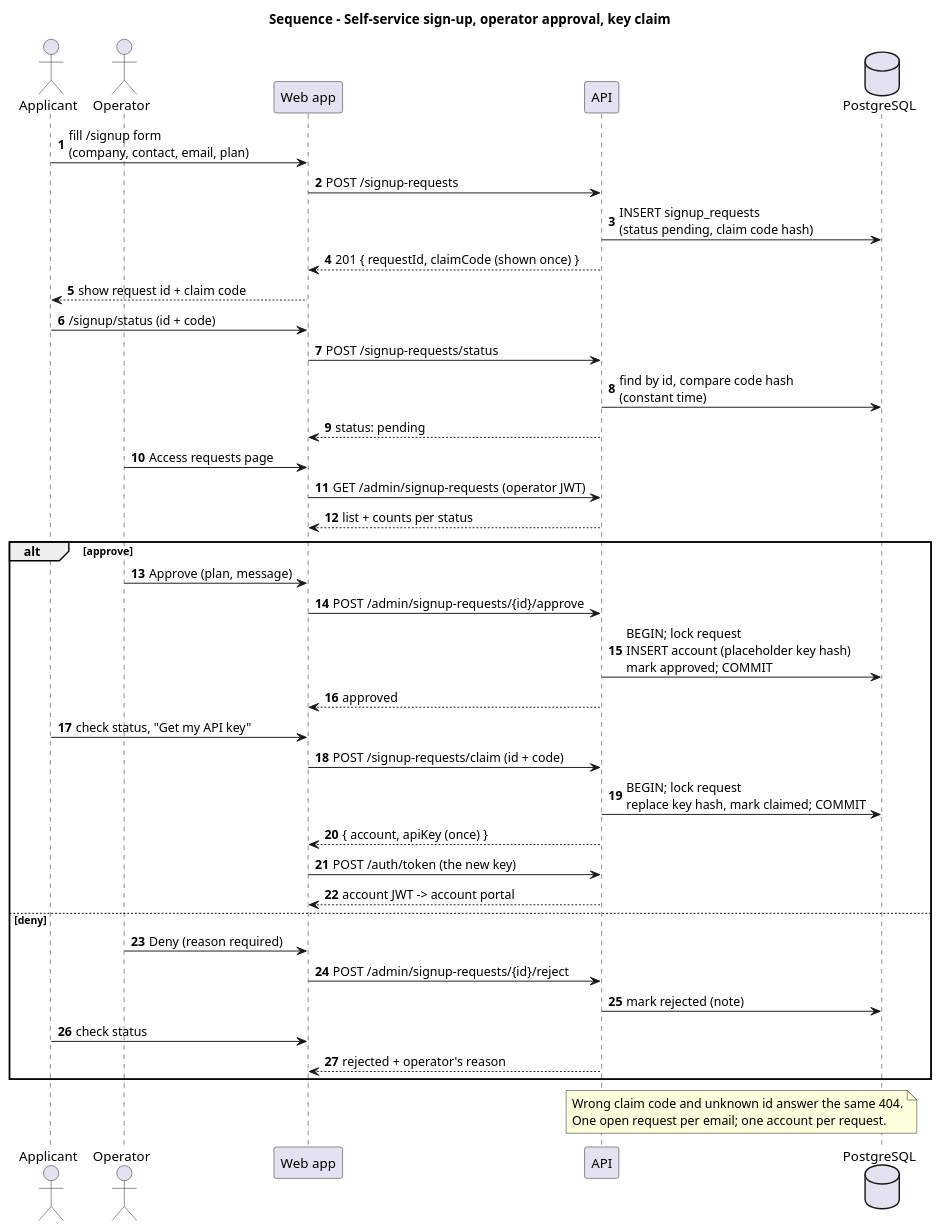
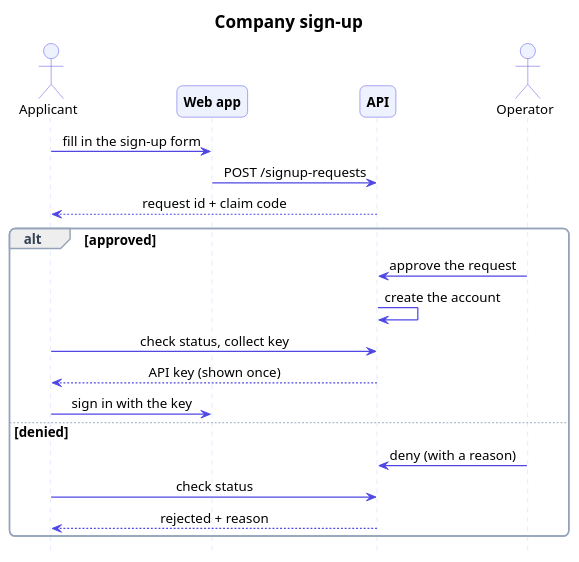
The diagram in docs/uml/04-sequence-signup.puml (QaisRjoob/usage-metering-service), drawn with PlantUML before and after one commit. The commit also changed 12 other files, not shown here.

Commit message:
UML: simpler, cleaner sequence diagrams

```diff
--- a/docs/uml/04-sequence-signup.puml
+++ b/docs/uml/04-sequence-signup.puml
@@ -1,50 +1,47 @@
 @startuml 04-sequence-signup
-title Sequence - Self-service sign-up, operator approval, key claim
+title Company sign-up
+hide footbox
 skinparam shadowing false
-autonumber
+skinparam defaultFontName Arial
+skinparam defaultFontSize 14
+skinparam sequenceMessageAlign center
+skinparam roundCorner 12
+skinparam ArrowColor #4F46E5
+skinparam ArrowThickness 1.3
+skinparam SequenceLifeLineBorderColor #C7D2FE
+skinparam ParticipantBackgroundColor #EEF2FF
+skinparam ParticipantBorderColor #4F46E5
+skinparam ParticipantFontStyle bold
+skinparam ActorBackgroundColor #EEF2FF
+skinparam ActorBorderColor #4F46E5
+skinparam DatabaseBackgroundColor #EEF2FF
+skinparam DatabaseBorderColor #4F46E5
+skinparam NoteBackgroundColor #FFFBEB
+skinparam NoteBorderColor #F59E0B
+skinparam SequenceGroupBorderColor #94A3B8
+skinparam SequenceGroupHeaderFontColor #334155
+skinparam SequenceDividerBackgroundColor #E0E7FF
+skinparam SequenceDividerBorderColor #4F46E5
+skinparam TitleFontSize 18
 
 actor Applicant
-actor Operator
 participant "Web app" as Web
 participant "API" as API
-database "PostgreSQL" as DB
+actor Operator
 
-Applicant -> Web : fill /signup form\n(company, contact, email, plan)
+Applicant -> Web : fill in the sign-up form
 Web -> API : POST /signup-requests
-API -> DB : INSERT signup_requests\n(status pending, claim code hash)
-API --> Web : 201 { requestId, claimCode (shown once) }
-Web --> Applicant : show request id + claim code
+API --> Applicant : request id + claim code
 
-Applicant -> Web : /signup/status (id + code)
-Web -> API : POST /signup-requests/status
-API -> DB : find by id, compare code hash\n(constant time)
-API --> Web : status: pending
-
-Operator -> Web : Access requests page
-Web -> API : GET /admin/signup-requests (operator JWT)
-API --> Web : list + counts per status
-
-alt approve
-  Operator -> Web : Approve (plan, message)
-  Web -> API : POST /admin/signup-requests/{id}/approve
-  API -> DB : BEGIN; lock request\nINSERT account (placeholder key hash)\nmark approved; COMMIT
-  API --> Web : approved
-  Applicant -> Web : check status, "Get my API key"
-  Web -> API : POST /signup-requests/claim (id + code)
-  API -> DB : BEGIN; lock request\nreplace key hash, mark claimed; COMMIT
-  API --> Web : { account, apiKey (once) }
-  Web -> API : POST /auth/token (the new key)
-  API --> Web : account JWT -> account portal
-else deny
-  Operator -> Web : Deny (reason required)
-  Web -> API : POST /admin/signup-requests/{id}/reject
-  API -> DB : mark rejected (note)
-  Applicant -> Web : check status
-  API --> Web : rejected + operator's reason
+alt approved
+  Operator -> API : approve the request
+  API -> API : create the account
+  Applicant -> API : check status, collect key
+  API --> Applicant : API key (shown once)
+  Applicant -> Web : sign in with the key
+else denied
+  Operator -> API : deny (with a reason)
+  Applicant -> API : check status
+  API --> Applicant : rejected + reason
 end
-
-note over API, DB
-  Wrong claim code and unknown id answer the same 404.
-  One open request per email; one account per request.
-end note
 @enduml
```
